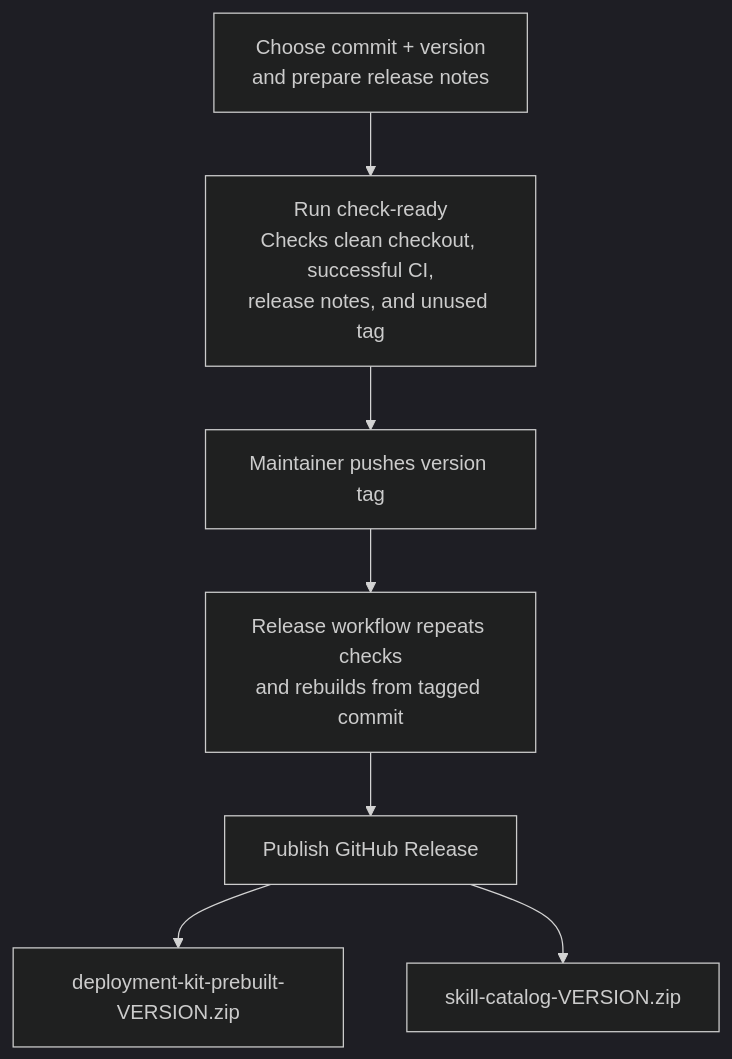
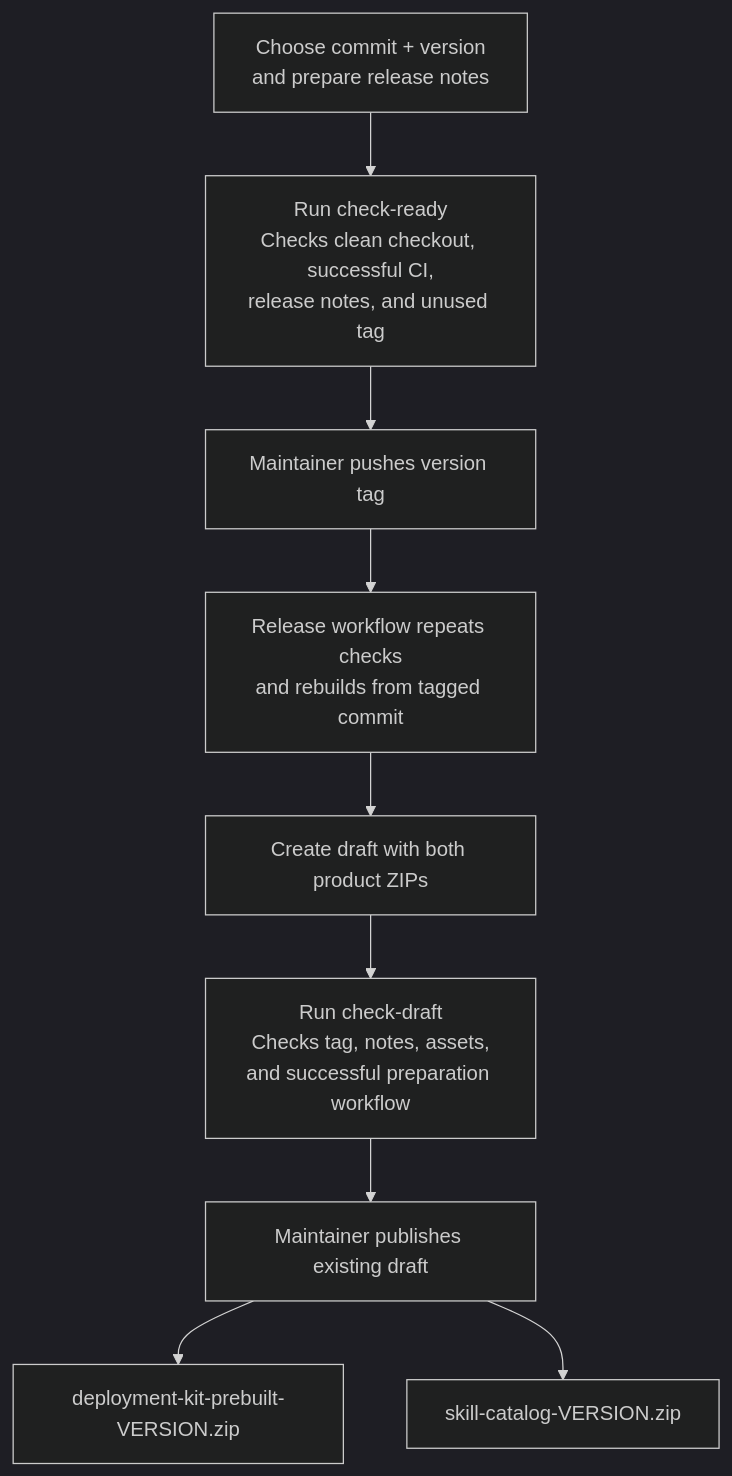
Before and after one commit to Code-dot-mil/SkLC: the second of 2 diagrams in CI.md, drawn with Mermaid (dark theme). The commit also changed other lines of this file and 4 other files, not shown here.

````diff
--- a/CI.md
+++ b/CI.md
@@ -85,10 +85,12 @@
 ```mermaid
 flowchart TD
     R["Choose commit + version<br/>and prepare release notes"]
     R --> Q["Run check-ready<br/>Checks clean checkout, successful CI,<br/>release notes, and unused tag"]
     Q --> T["Maintainer pushes version tag"]
     T --> V["Release workflow repeats checks<br/>and rebuilds from tagged commit"]
-    V --> G["Publish GitHub Release"]
-    G --> D["deployment-kit-prebuilt-VERSION.zip"]
-    G --> C["skill-catalog-VERSION.zip"]
+    V --> G["Create draft with both product ZIPs"]
+    G --> H["Run check-draft<br/>Checks tag, notes, assets,<br/>and successful preparation workflow"]
+    H --> P["Maintainer publishes existing draft"]
+    P --> D["deployment-kit-prebuilt-VERSION.zip"]
+    P --> C["skill-catalog-VERSION.zip"]
 ```
````
